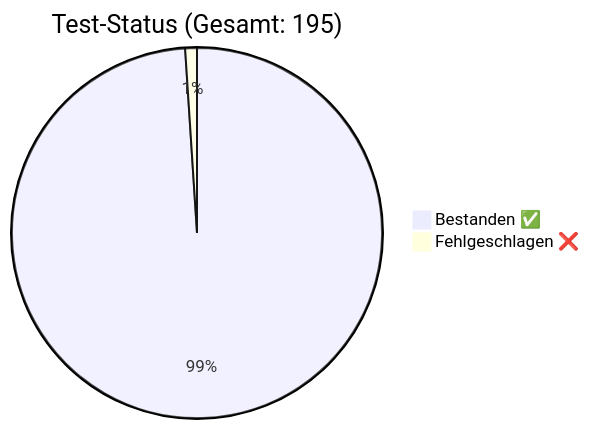
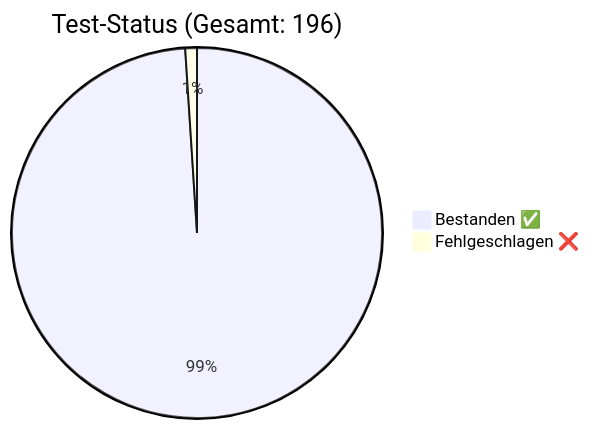
The diagram in docs/QA_Report.md (rorila/GCS), drawn with Mermaid before and after one commit. The commit also changed other lines of this file and 28 other files, not shown here.

````diff
--- a/docs/QA_Report.md
+++ b/docs/QA_Report.md
@@ -7,5 +7,5 @@
 ```mermaid
-pie title Test-Status (Gesamt: 195)
-    "Bestanden ✅" : 193
+pie title Test-Status (Gesamt: 196)
+    "Bestanden ✅" : 194
     "Fehlgeschlagen ❌" : 2
 ```
````
